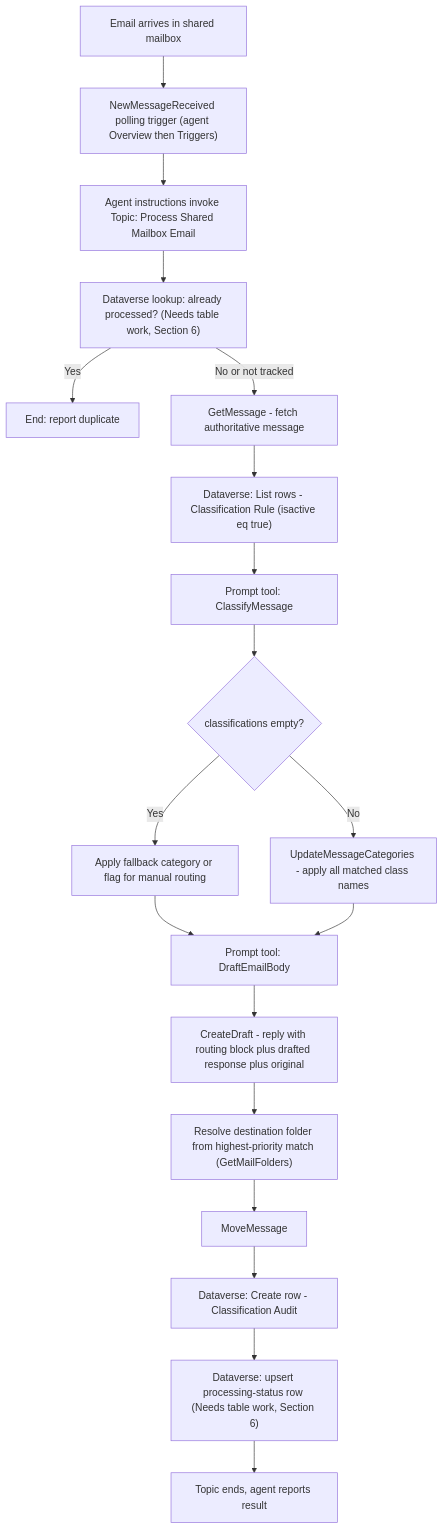
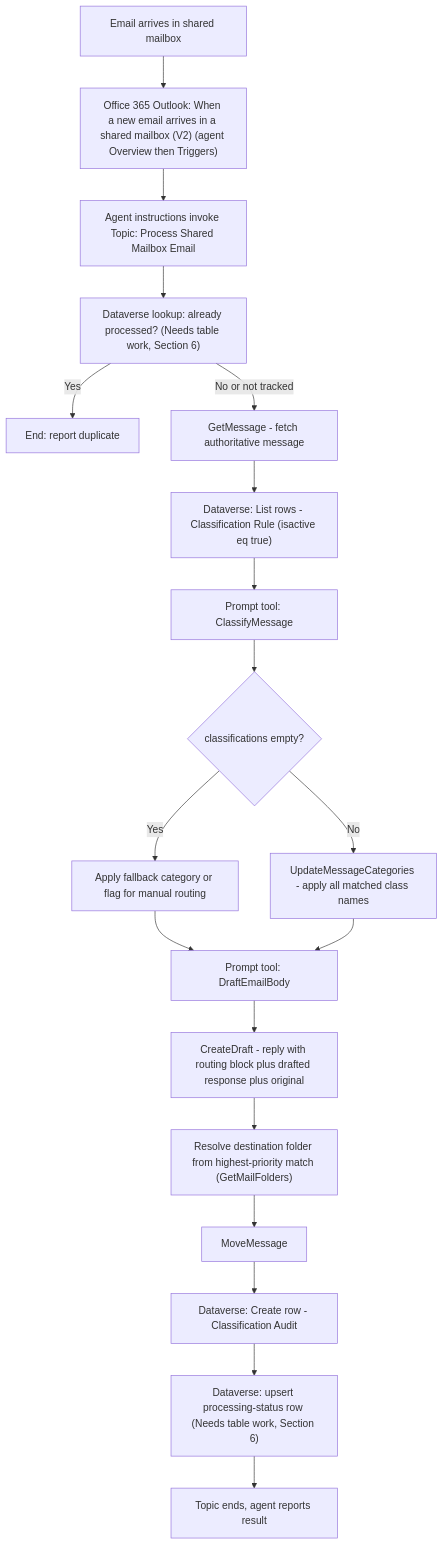
Before and after one commit to holgerimbery/bridge365: the diagram in agent/bridge365-agent-implementation-guide.md, drawn with Mermaid. The commit also changed other lines of this file, not shown here.

First line of the commit message:
Standardize on Office 365 Outlook trigger, drop custom trigger option

````diff
--- a/agent/bridge365-agent-implementation-guide.md
+++ b/agent/bridge365-agent-implementation-guide.md
@@ -100,21 +100,21 @@
 ```mermaid
 flowchart TD
-    A[Email arrives in shared mailbox] --> B["NewMessageReceived polling trigger (agent Overview then Triggers)"]
+    A[Email arrives in shared mailbox] --> B["Office 365 Outlook: When a new email arrives in a shared mailbox (V2) (agent Overview then Triggers)"]
     B --> C[Agent instructions invoke Topic: Process Shared Mailbox Email]
     C --> D["Dataverse lookup: already processed? (Needs table work, Section 6)"]
     D -->|Yes| Z[End: report duplicate]
     D -->|No or not tracked| E["GetMessage - fetch authoritative message"]
     E --> F["Dataverse: List rows - Classification Rule (isactive eq true)"]
     F --> G["Prompt tool: ClassifyMessage"]
     G --> H{classifications empty?}
     H -->|Yes| I[Apply fallback category or flag for manual routing]
     H -->|No| J["UpdateMessageCategories - apply all matched class names"]
     I --> K
     J --> K["Prompt tool: DraftEmailBody"]
     K --> L["CreateDraft - reply with routing block plus drafted response plus original"]
     L --> M["Resolve destination folder from highest-priority match (GetMailFolders)"]
     M --> N["MoveMessage"]
     N --> O["Dataverse: Create row - Classification Audit"]
     O --> P["Dataverse: upsert processing-status row (Needs table work, Section 6)"]
     P --> Q[Topic ends, agent reports result]
 ```
````
